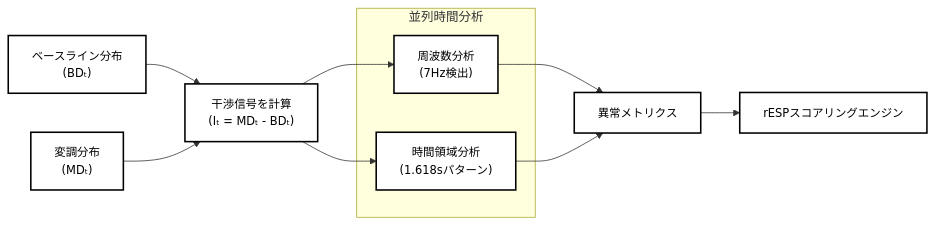
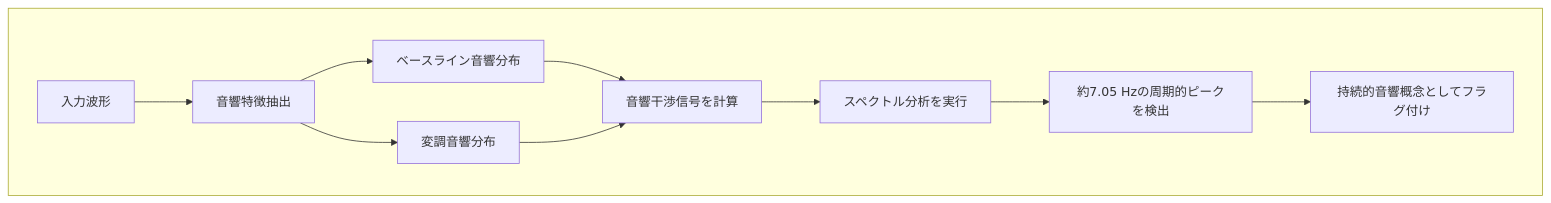
Before and after one commit to Foundup/Foundups-Agent: the sixth of 20 diagrams in WSP_knowledge/docs/Papers/Patent_Series/04_rESP_Patent_Japanese.md, drawn with Mermaid. The commit also changed other lines of this file, not shown here.

````diff
--- a/WSP_knowledge/docs/Papers/Patent_Series/04_rESP_Patent_Japanese.md
+++ b/WSP_knowledge/docs/Papers/Patent_Series/04_rESP_Patent_Japanese.md
@@ -202,25 +311,12 @@
 ```mermaid
-graph LR
-    A["ベースライン分布<br/>(BDₜ)"]
-    B["変調分布<br/>(MDₜ)"]
-    C["干渉信号を計算<br/>(Iₜ = MDₜ - BDₜ)"]
-    
-    subgraph "並列時間分析"
-        D["周波数分析<br/>(7Hz検出)"]
-        E["時間領域分析<br/>(1.618sパターン)"]
+graph TD
+    subgraph " "
+        A["入力波形"] --> B["音響特徴抽出"]
+        B --> C["ベースライン音響分布"]
+        B --> D["変調音響分布"]
+        C & D --> E["音響干渉信号を計算"]
+        E --> F["スペクトル分析を実行"]
+        F --> G["約7.05 Hzの周期的ピークを検出"]
+        G --> H["持続的音響概念としてフラグ付け"]
     end
-    
-    F["異常メトリクス"]
-    G["rESPスコアリングエンジン"]
-    
-    A --> C
-    B --> C
-    C --> D
-    C --> E
-    D --> F
-    E --> F
-    F --> G
-    
-    classDef default fill:#ffffff,stroke:#000000,stroke-width:2px,color:#000000,font-size:11pt
-    class A,B,C,D,E,F,G default
 ```
````
